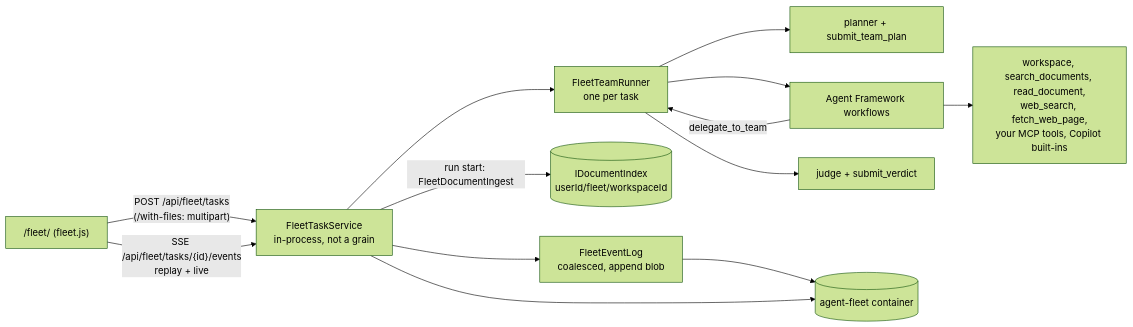
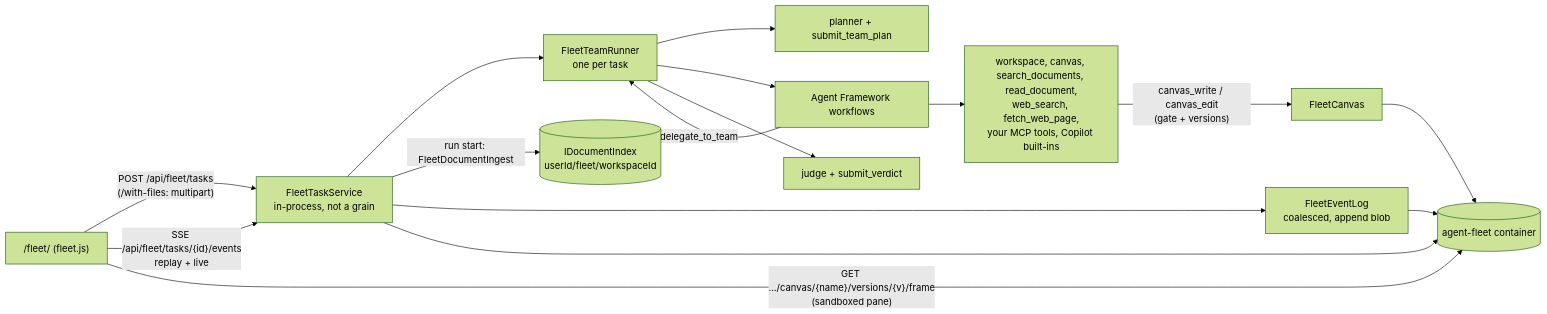
The diagram in docs/features/agent-fleet.md (Expecho/Agent42), drawn with Mermaid (forest theme) before and after one commit. The commit also changed other lines of this file and 36 other files, not shown here.

First line of the commit message:
feat(fleet): shared canvas of versioned pages, watched live (ADR 0102) (#198)

````diff
--- a/docs/features/agent-fleet.md
+++ b/docs/features/agent-fleet.md
@@ -44,15 +50,18 @@
 ```mermaid
 flowchart LR
   Page["/fleet/ (fleet.js)"] -- "POST /api/fleet/tasks<br/>(/with-files: multipart)" --> Service[FleetTaskService<br/>in-process, not a grain]
   Page -- "SSE /api/fleet/tasks/{id}/events<br/>replay + live" --> Service
   Service --> Runner[FleetTeamRunner<br/>one per task]
   Runner --> Planner[planner + submit_team_plan]
   Runner --> WF[Agent Framework workflows]
   Runner --> Judge[judge + submit_verdict]
   WF -- delegate_to_team --> Runner
-  WF --> Tools[workspace, search_documents, read_document,<br/>web_search, fetch_web_page,<br/>your MCP tools, Copilot built-ins]
+  WF --> Tools[workspace, canvas, search_documents, read_document,<br/>web_search, fetch_web_page,<br/>your MCP tools, Copilot built-ins]
+  Tools -- "canvas_write / canvas_edit<br/>(gate + versions)" --> Canvas[FleetCanvas]
+  Canvas --> Blob
+  Page -- "GET …/canvas/{name}/versions/{v}/frame<br/>(sandboxed pane)" --> Blob
   Service -- "run start: FleetDocumentIngest" --> Index[(IDocumentIndex<br/>userId/fleet/workspaceId)]
   Service --> Log[FleetEventLog<br/>coalesced, append blob]
   Log --> Blob[(agent-fleet container)]
   Service --> Blob
 ```
````
